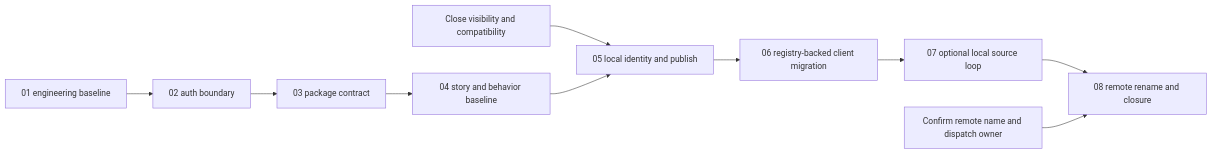
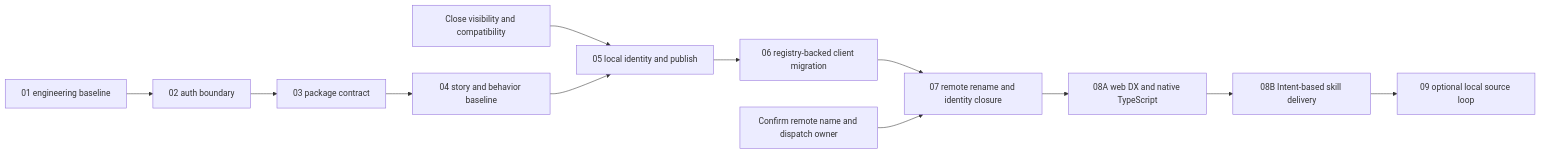
The first of 3 diagrams in tasks/ui-engineering/roadmap.md (InKCre/ui), drawn with Mermaid before and after one commit. The commit also changed other lines of this file and 6 other files, not shown here.

````diff
--- a/tasks/ui-engineering/roadmap.md
+++ b/tasks/ui-engineering/roadmap.md
@@ -19,12 +19,14 @@
 ```mermaid
 flowchart LR
   Baseline["01 engineering baseline"] --> Auth["02 auth boundary"]
   Auth --> Contract["03 package contract"]
   Contract --> Story["04 story and behavior baseline"]
   Decisions["Close visibility and compatibility"] --> Identity["05 local identity and publish"]
   Story --> Identity
   Identity --> Consumer["06 registry-backed client migration"]
-  Consumer --> Source["07 optional local source loop"]
-  Source --> Remote["08 remote rename and closure"]
+  Consumer --> Remote["07 remote rename and identity closure"]
+  Remote --> DX["08A web DX and native TypeScript"]
+  DX --> Skills["08B Intent-based skill delivery"]
+  Skills --> Source["09 optional local source loop"]
   RemoteInput["Confirm remote name and dispatch owner"] --> Remote
 ```
````
